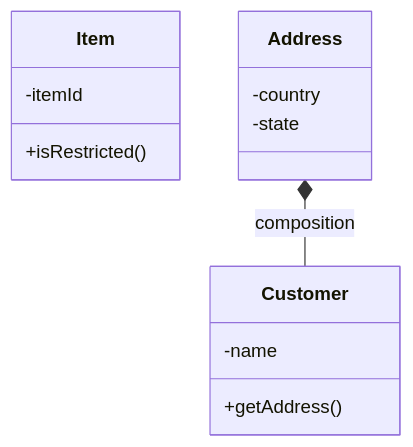
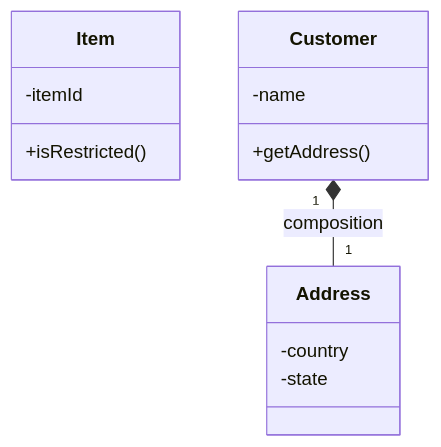
One commit to ashishdotme/wiki.ashish.me changed the diagram in oops/shopping-cart-uml.md. Above: the diagram before and after it, drawn with Mermaid. The commit also changed 2 other files, not shown here.

Commit message:
notes: update : 2024-08-01 10:44:10

````diff
--- a/oops/shopping-cart-uml.md
+++ b/oops/shopping-cart-uml.md
@@ -4,16 +4,17 @@
 ```mermaid
 classDiagram
 class Item {
 -itemId
 +isRestricted()
 }
+
 class Customer {
 -name
 +getAddress()
 }
 class Address {
 -country
 -state
 }
-Address *-- Customer : composition 
+Customer "1" *-- "1" Address : composition 
 ```
````
